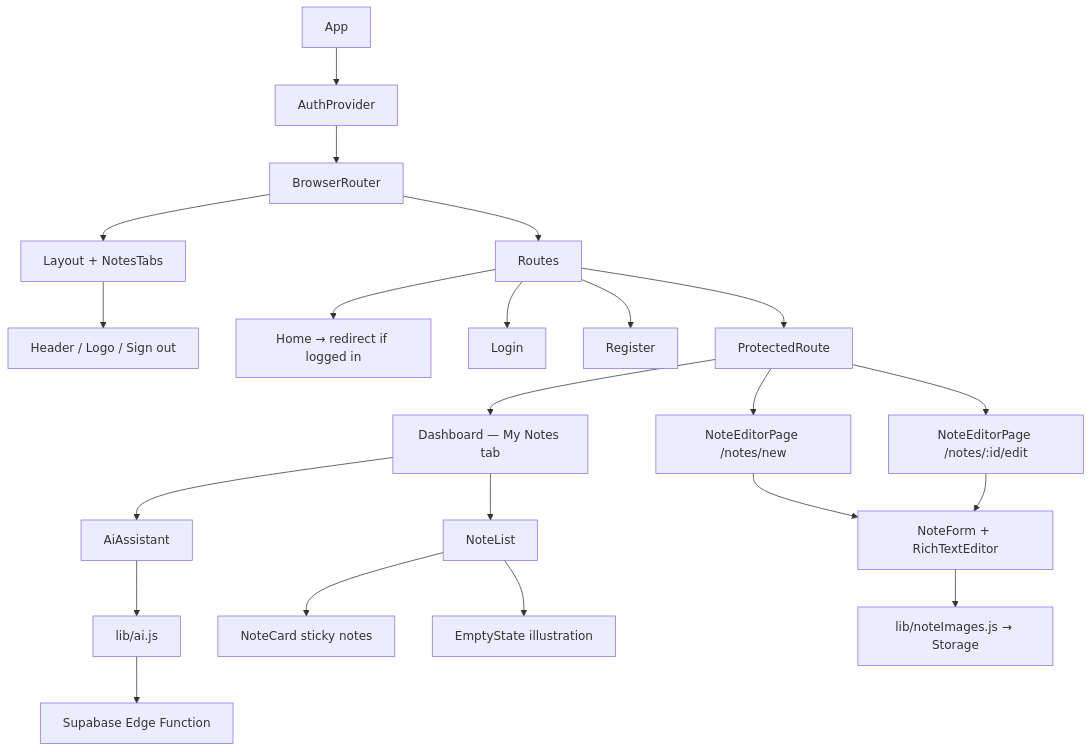
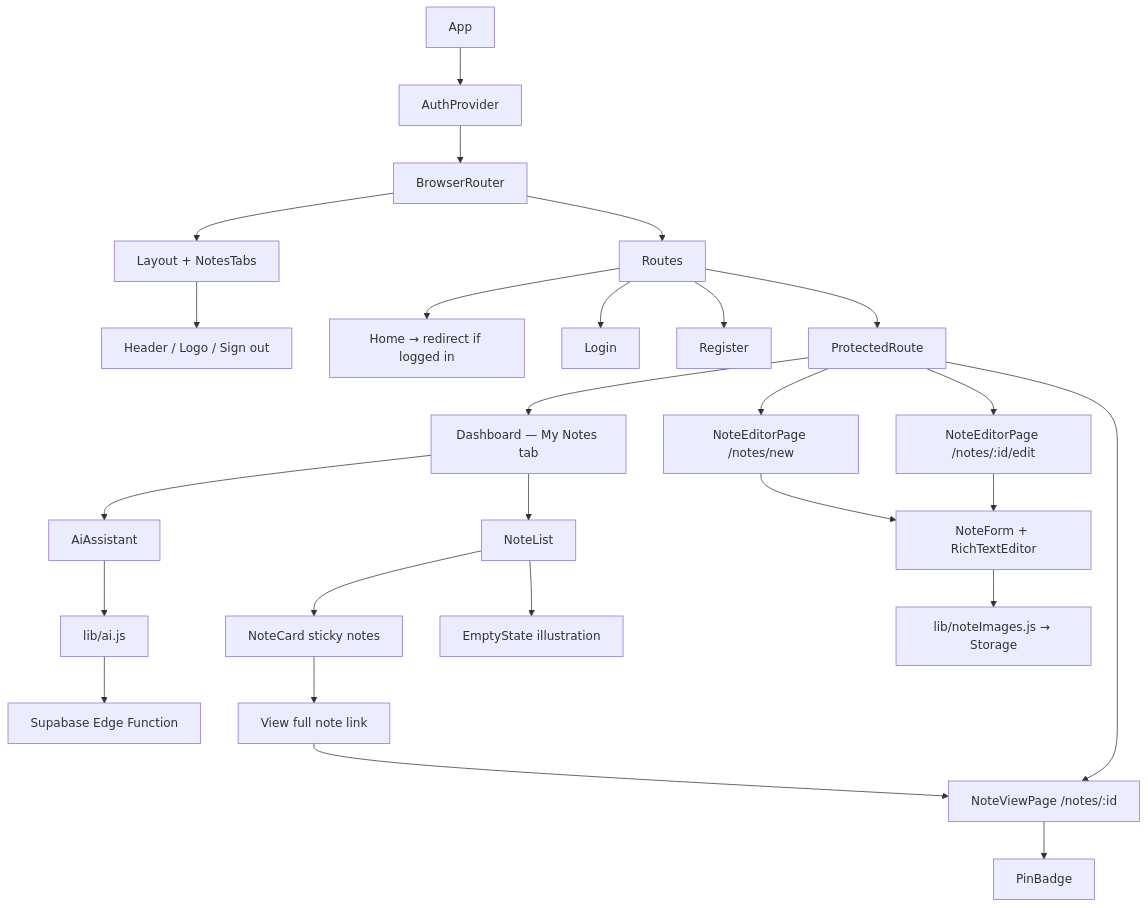
Diagram 16 of 19 in DIAGRAMS.md (Angelica-Vides/Lumenote), drawn with Mermaid before and after one commit. The commit also changed other lines of this file and 3 other files, not shown here.

First line of the commit message:
docs: add full note view page to plan and architecture docs

````diff
--- a/DIAGRAMS.md
+++ b/DIAGRAMS.md
@@ -356,26 +391,30 @@
 ```mermaid
 flowchart TD
     APP[App] --> AUTHP[AuthProvider]
     AUTHP --> RT[BrowserRouter]
     RT --> LAYOUT[Layout + NotesTabs]
     LAYOUT --> NAV[Header / Logo / Sign out]
     RT --> ROUTES[Routes]
 
     ROUTES --> HOME[Home → redirect if logged in]
     ROUTES --> LOGIN[Login]
     ROUTES --> REGISTER[Register]
     ROUTES --> PROTECT[ProtectedRoute]
     PROTECT --> DASH[Dashboard — My Notes tab]
     PROTECT --> NEW[NoteEditorPage /notes/new]
     PROTECT --> EDIT[NoteEditorPage /notes/:id/edit]
+    PROTECT --> VIEWPAGE[NoteViewPage /notes/:id]
 
     DASH --> AI[AiAssistant]
     DASH --> LIST[NoteList]
     LIST --> CARD[NoteCard sticky notes]
     LIST --> EMPTY[EmptyState illustration]
+    CARD --> VIEW[View full note link]
+    VIEW --> VIEWPAGE
+    VIEWPAGE --> PIN[PinBadge]
     NEW --> FORM[NoteForm + RichTextEditor]
     EDIT --> FORM
     FORM --> STOR[lib/noteImages.js → Storage]
     AI --> AILIB[lib/ai.js]
     AILIB --> FN[Supabase Edge Function]
 ```
````
